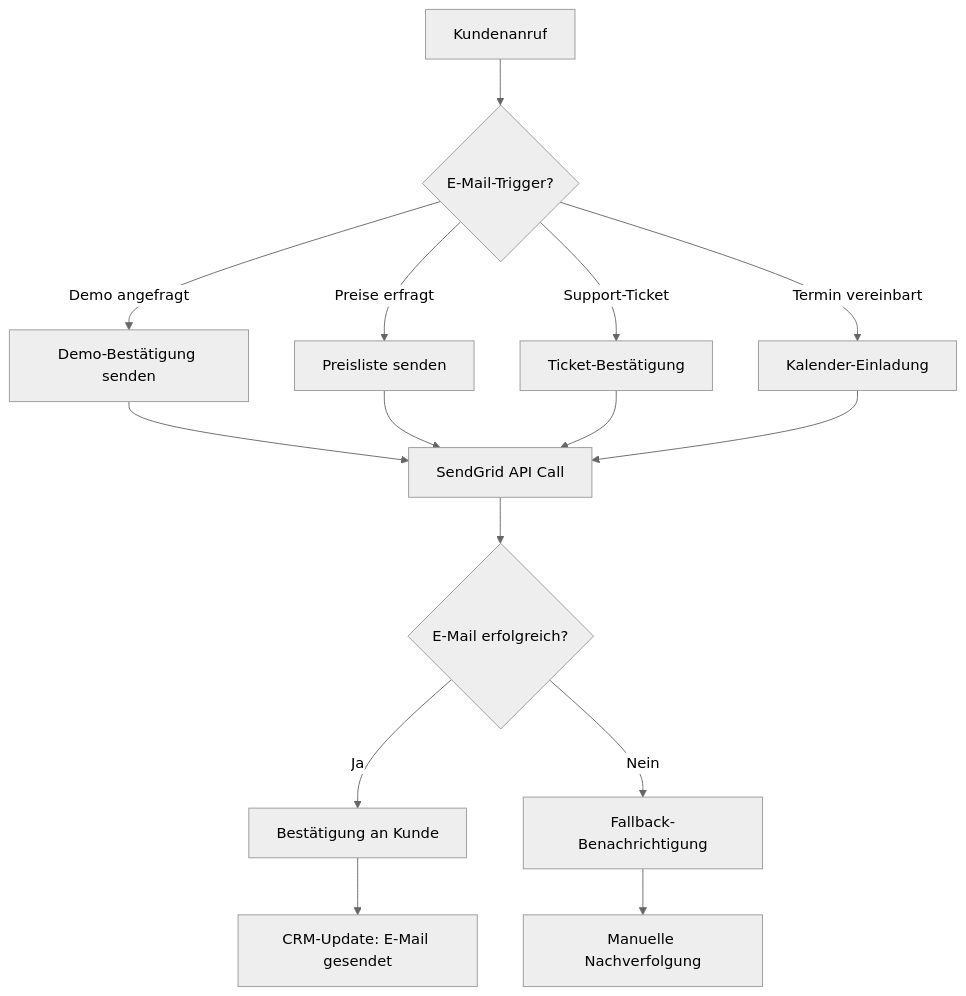
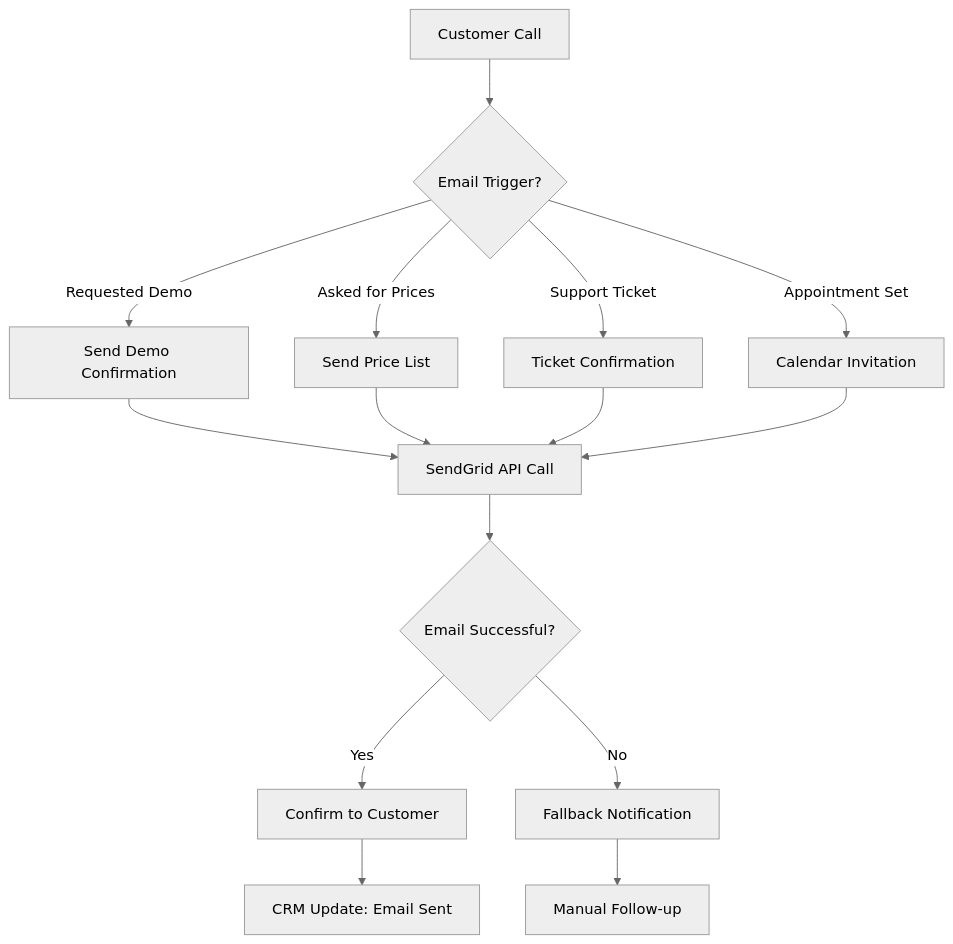
Before and after one commit to bekgroup/Famulor-docs-de: the first of 2 diagrams in en/automation-platform/mid-call-tools/integration-templates/sendgrid-integration.mdx, drawn with Mermaid (neutral theme). The commit also changed other lines of this file and 20 other files, not shown here.

````diff
--- a/en/automation-platform/mid-call-tools/integration-templates/sendgrid-integration.mdx
+++ b/en/automation-platform/mid-call-tools/integration-templates/sendgrid-integration.mdx
@@ -266,20 +265,20 @@
 ```mermaid
 flowchart TD
-    A[Kundenanruf] --> B{E-Mail-Trigger?}
-    B -->|Demo angefragt| C[Demo-Bestätigung senden]
-    B -->|Preise erfragt| D[Preisliste senden]
-    B -->|Support-Ticket| E[Ticket-Bestätigung]
-    B -->|Termin vereinbart| F[Kalender-Einladung]
+    A[Customer Call] --> B{Email Trigger?}
+    B -->|Requested Demo| C[Send Demo Confirmation]
+    B -->|Asked for Prices| D[Send Price List]
+    B -->|Support Ticket| E[Ticket Confirmation]
+    B -->|Appointment Set| F[Calendar Invitation]
     
     C --> G[SendGrid API Call]
     D --> G
     E --> G
     F --> G
     
-    G --> H{E-Mail erfolgreich?}
-    H -->|Ja| I[Bestätigung an Kunde]
-    H -->|Nein| J[Fallback-Benachrichtigung]
+    G --> H{Email Successful?}
+    H -->|Yes| I[Confirm to Customer]
+    H -->|No| J[Fallback Notification]
     
-    I --> K[CRM-Update: E-Mail gesendet]
-    J --> L[Manuelle Nachverfolgung]
+    I --> K[CRM Update: Email Sent]
+    J --> L[Manual Follow-up]
 ```
````
